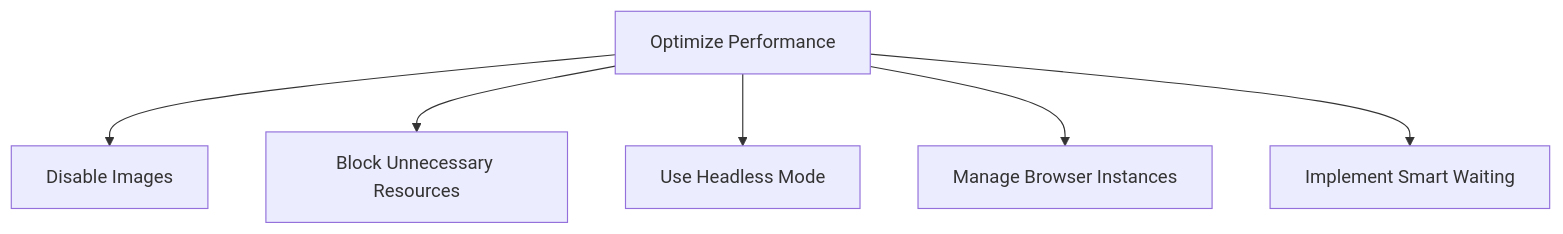
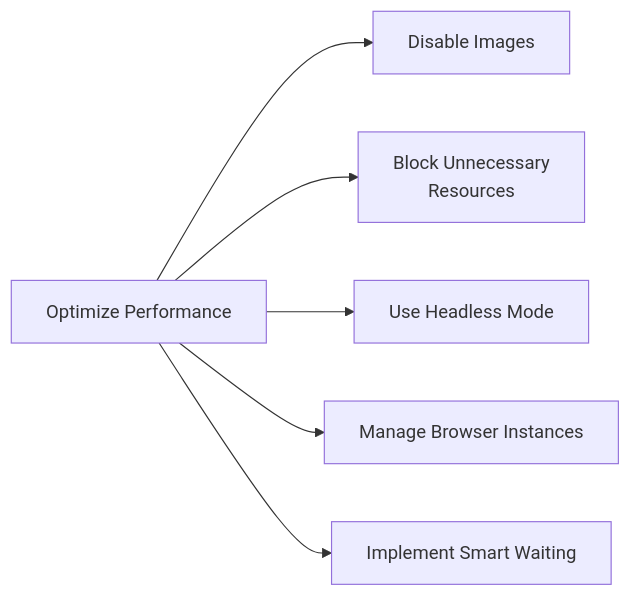
The third of 3 diagrams in _posts/2025-04-30-taming-dynamic-websites-browser-automation-javascript.md (bytetunnels/bytetunnels.github.com), drawn with Mermaid before and after one commit. The commit also changed other lines of this file and 118 other files, not shown here.

Commit message:
feat: improve diagram styling and compact wide flowcharts

````diff
--- a/_posts/2025-04-30-taming-dynamic-websites-browser-automation-javascript.md
+++ b/_posts/2025-04-30-taming-dynamic-websites-browser-automation-javascript.md
@@ -275,8 +275,8 @@
 ```mermaid
-graph TD
+graph LR
     A[Optimize Performance] --> B[Disable Images]
-    A --> C[Block Unnecessary Resources]
+    A --> C["Block Unnecessary<br/>Resources"]
     A --> D[Use Headless Mode]
     A --> E[Manage Browser Instances]
     A --> F[Implement Smart Waiting]
 ```
````
